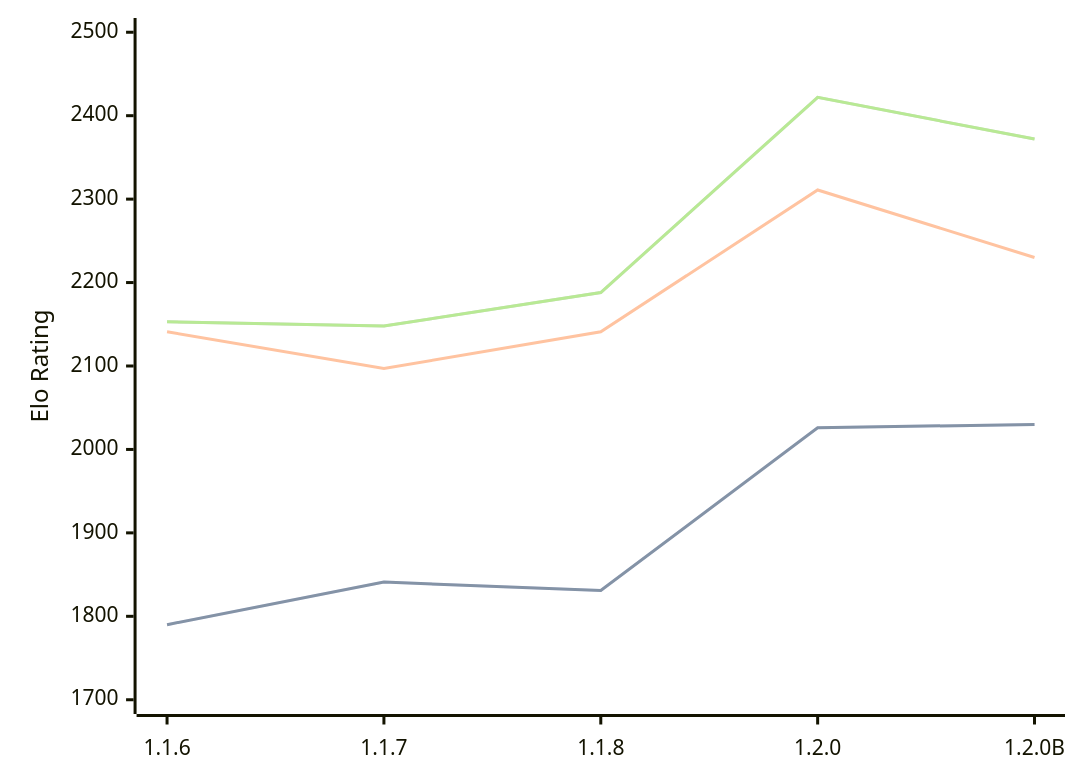
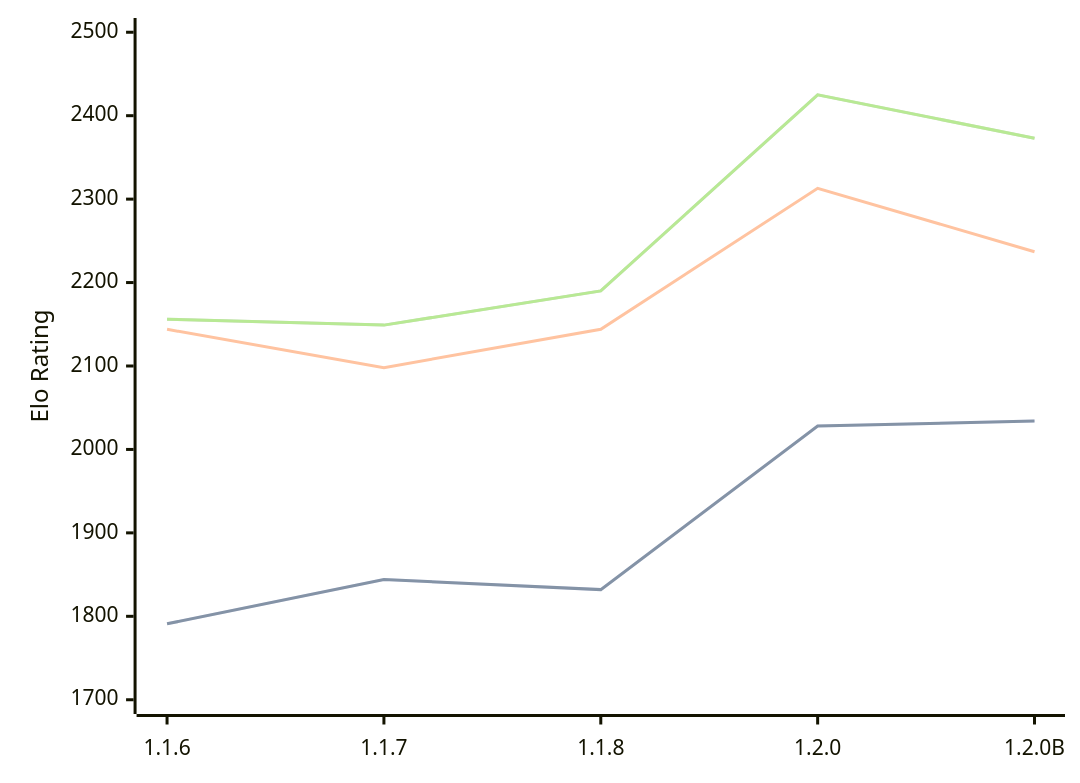
One commit to computer-chess-index/cci changed the diagram in engines/Soomi.md. Above: the diagram before and after it, drawn with Mermaid. The commit also changed other lines of this file, not shown here.

Commit message:
Update CCI Ratings (ELO VLTC) - 2026-08-23

````diff
--- a/engines/Soomi.md
+++ b/engines/Soomi.md
@@ -35,11 +35,11 @@
 ```mermaid
 %%{init: {"theme":"base","themeVariables":{"seriesColors:['#a3a3a3','#222221','#faa371']}}}%%
 xychart-beta
   x-axis ["1.1.6", "1.1.7", "1.1.8", "1.2.0", "1.2.0B"]
   y-axis "Elo Rating" 1700 --> 2500
-  line "STC (8.0+0.08s)" [1790, 1841, 1831, 2026, 2030]
-  line "STC (8.0+0.08s)" [1790, 1841, 1831, 2026, 2030]
-  line "LTC (60.0+0.60s)" [2141, 2097, 2141, 2311, 2230]
-  line "VLTC (2m24s+1.12s)" [2153, 2148, 2188, 2422, 2372]
-  line "VLTC (2m24s+1.12s)" [2153, 2148, 2188, 2422, 2372]
+  line "STC (8.0+0.08s)" [1791, 1844, 1832, 2028, 2034]
+  line "STC (8.0+0.08s)" [1791, 1844, 1832, 2028, 2034]
+  line "LTC (60.0+0.60s)" [2144, 2098, 2144, 2313, 2237]
+  line "VLTC (2m24s+1.12s)" [2156, 2149, 2190, 2425, 2373]
+  line "VLTC (2m24s+1.12s)" [2156, 2149, 2190, 2425, 2373]
 ```
````
